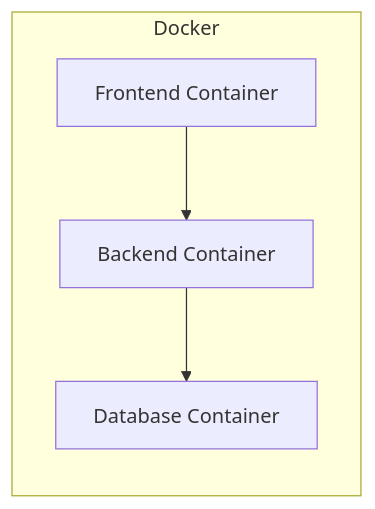
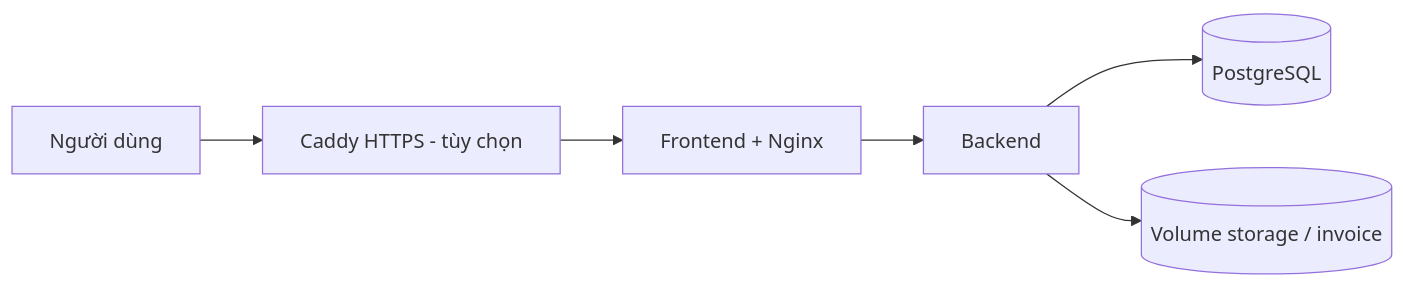
One commit to ChuThanhDung/web_thuctap changed the second of 2 diagrams in ARCHITECTURE.md. Above: the diagram before and after it, drawn with Mermaid. The commit also changed other lines of this file and 4 other files, not shown here.

First line of the commit message:
docs: document architecture, deployment, backup and measured evaluation results

````diff
--- a/ARCHITECTURE.md
+++ b/ARCHITECTURE.md
@@ -86,9 +104,8 @@
 ```mermaid
 graph LR
-    subgraph Docker
-        FE[Frontend Container]
-        BE[Backend Container]
-        DB_C[Database Container]
-    end
-    FE --> BE --> DB_C
+    U[Người dùng] --> C[Caddy HTTPS - tùy chọn]
+    C --> FE[Frontend + Nginx]
+    FE --> BE[Backend]
+    BE --> DB[(PostgreSQL)]
+    BE --> FS[(Volume storage / invoice)]
 ```
````
